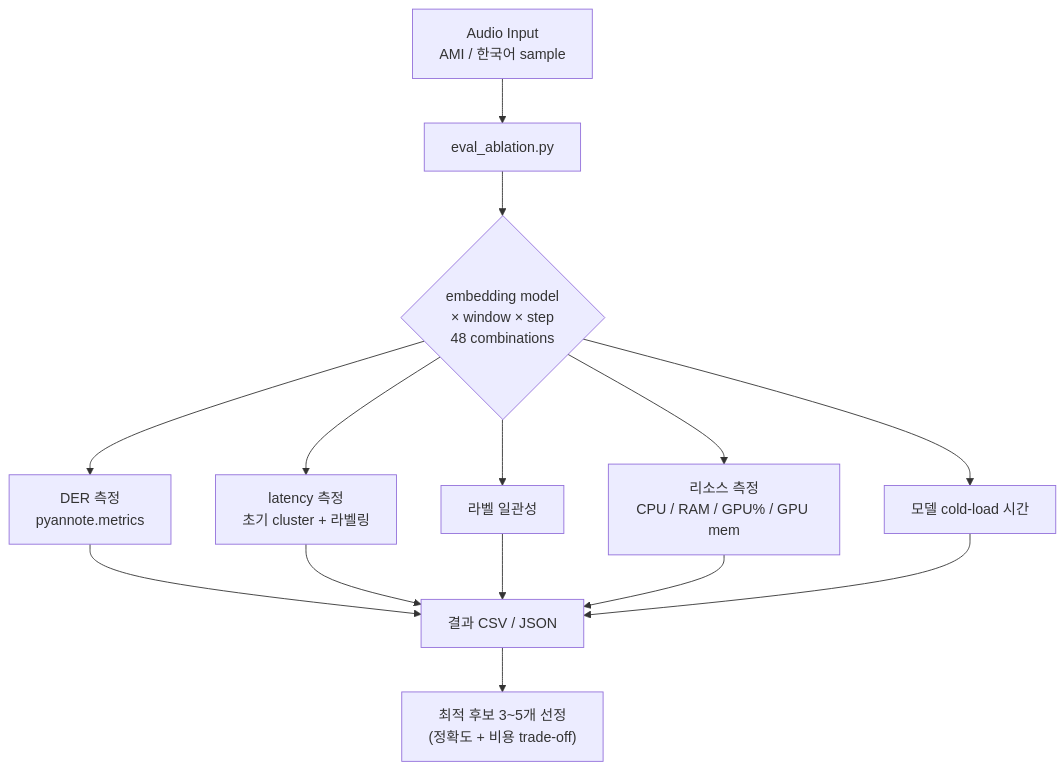
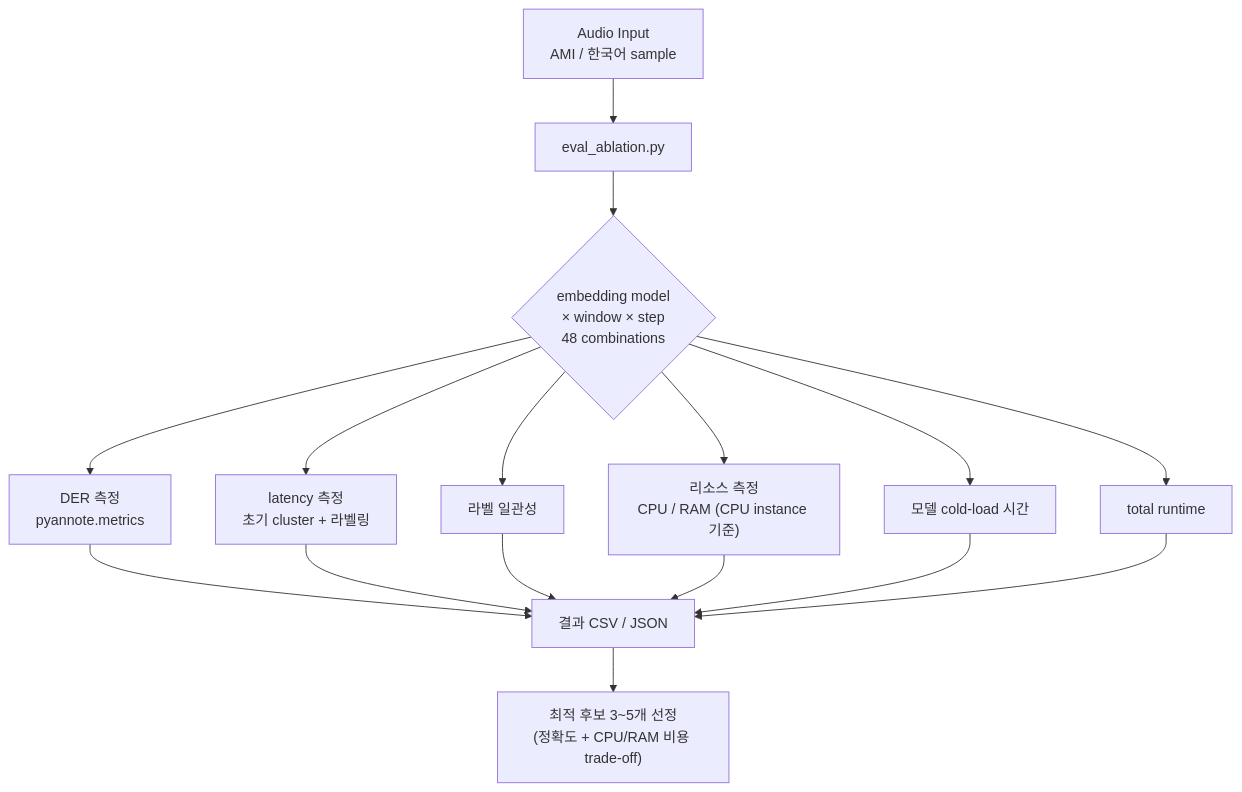
Before and after one commit to kknaks/seperate_void_streaming: the first of 2 diagrams in medi_docs/current/planning/planning-01-ablation-study.md, drawn with Mermaid. The commit also changed other lines of this file and 53 other files, not shown here.

````diff
--- a/medi_docs/current/planning/planning-01-ablation-study.md
+++ b/medi_docs/current/planning/planning-01-ablation-study.md
@@ -183,12 +184,13 @@
 ```mermaid
 flowchart TD
     A["Audio Input<br/>AMI / 한국어 sample"] --> B[eval_ablation.py]
     B --> C{"embedding model<br/>× window × step<br/>48 combinations"}
     C --> D["DER 측정<br/>pyannote.metrics"]
     C --> E["latency 측정<br/>초기 cluster + 라벨링"]
     C --> F[라벨 일관성]
-    C --> R["리소스 측정<br/>CPU / RAM / GPU% / GPU mem"]
+    C --> R["리소스 측정<br/>CPU / RAM (CPU instance 기준)"]
     C --> S[모델 cold-load 시간]
-    D & E & F & R & S --> G[결과 CSV / JSON]
-    G --> H["최적 후보 3~5개 선정<br/>(정확도 + 비용 trade-off)"]
+    C --> T[total runtime]
+    D & E & F & R & S & T --> G[결과 CSV / JSON]
+    G --> H["최적 후보 3~5개 선정<br/>(정확도 + CPU/RAM 비용 trade-off)"]
 ```
````
